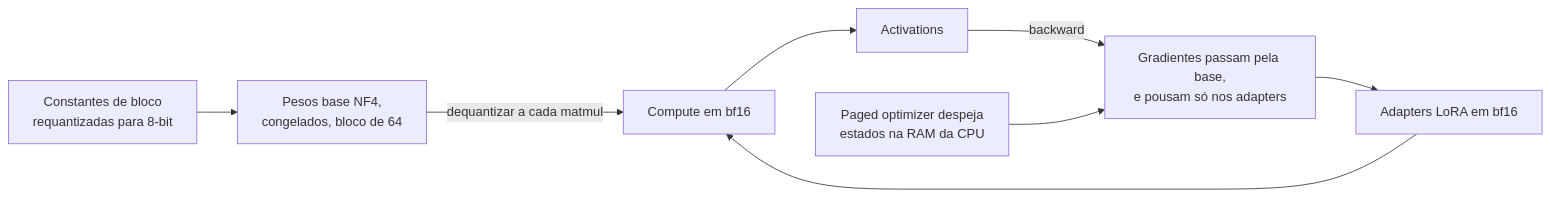
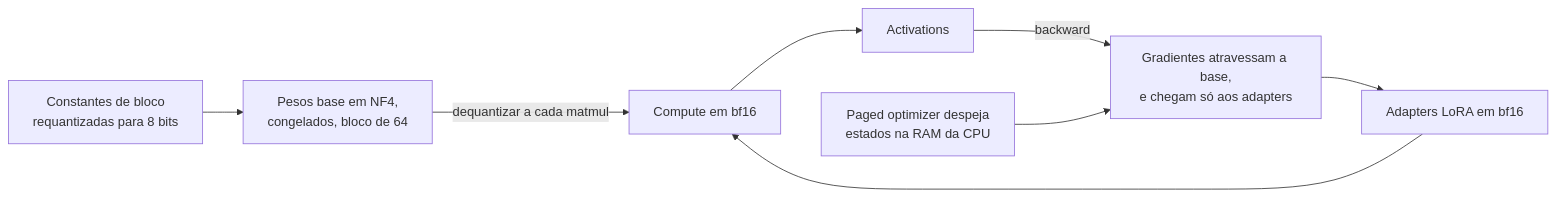
One commit to andrevberaldo/AI-Engineer-Interview-Questions changed the tenth of 29 diagrams in 05-fine-tuning-and-alignment/questions.pt-BR.md. Above: the diagram before and after it, drawn with Mermaid. The commit also changed other lines of this file and 1 other file, not shown here.

````diff
--- a/05-fine-tuning-and-alignment/questions.pt-BR.md
+++ b/05-fine-tuning-and-alignment/questions.pt-BR.md
@@ -471,10 +471,10 @@
 ```mermaid
 flowchart LR
-    A["Pesos base NF4,<br/>congelados, bloco de 64"] -->|"dequantizar a cada matmul"| B["Compute em bf16"]
-    C["Constantes de bloco<br/>requantizadas para 8-bit"] --> A
+    A["Pesos base em NF4,<br/>congelados, bloco de 64"] -->|"dequantizar a cada matmul"| B["Compute em bf16"]
+    C["Constantes de bloco<br/>requantizadas para 8 bits"] --> A
     D["Adapters LoRA em bf16"] --> B
     B --> E["Activations"]
-    E -->|"backward"| F["Gradientes passam pela base,<br/>e pousam só nos adapters"]
+    E -->|"backward"| F["Gradientes atravessam a base,<br/>e chegam só aos adapters"]
     F --> D
     G["Paged optimizer despeja<br/>estados na RAM da CPU"] --> F
 ```
````
